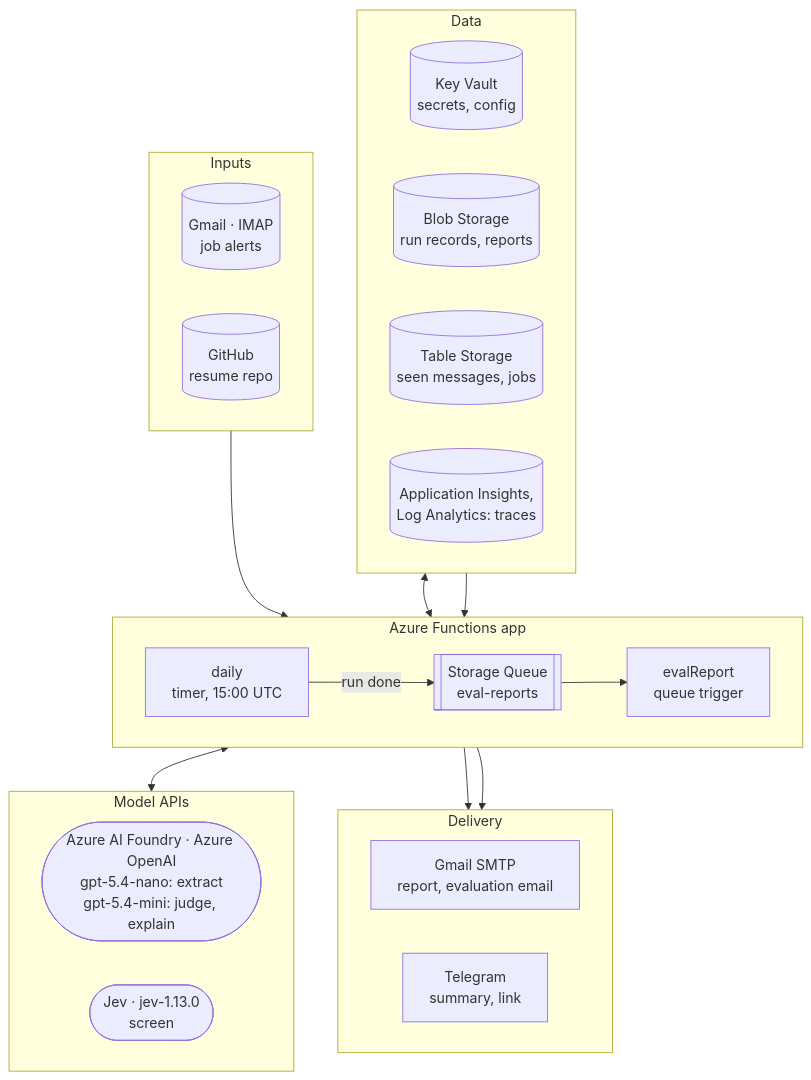
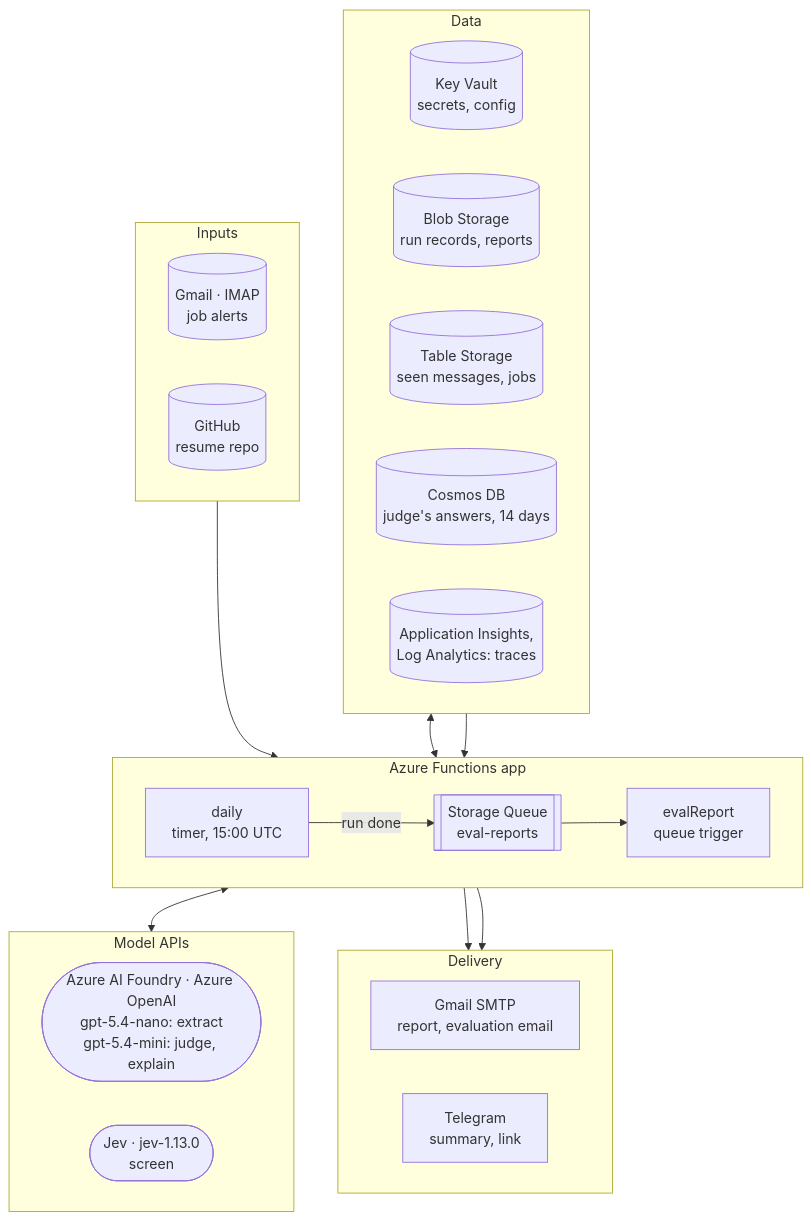
One commit to PCBZ/job-scan changed the first of 3 diagrams in README.md. Above: the diagram before and after it, drawn with Mermaid. The commit also changed other lines of this file and 30 other files, not shown here.

First line of the commit message:
feat(judge): keep the judge's answers in Cosmos DB, so a posting seen again isn't judged again

````diff
--- a/README.md
+++ b/README.md
@@ -25,43 +25,44 @@
 ```mermaid
 flowchart TB
   subgraph inputs [Inputs]
     direction LR
     gmail[(Gmail · IMAP<br/>job alerts)]
     github[(GitHub<br/>resume repo)]
   end
 
   subgraph app [Azure Functions app]
     direction LR
     daily["daily<br/>timer, 15:00 UTC"]
     queue[[Storage Queue<br/>eval-reports]]
     evalfn["evalReport<br/>queue trigger"]
     daily -- "run done" --> queue --> evalfn
   end
 
   subgraph apis [Model APIs]
     direction LR
     openai(["Azure AI Foundry · Azure OpenAI<br/>gpt-5.4-nano: extract<br/>gpt-5.4-mini: judge, explain"])
     jev([Jev · jev-1.13.0<br/>screen])
   end
 
   subgraph data [Data]
     direction LR
     vault[(Key Vault<br/>secrets, config)]
     blob[(Blob Storage<br/>run records, reports)]
     table[(Table Storage<br/>seen messages, jobs)]
+    cosmos[(Cosmos DB<br/>judge's answers, 14 days)]
     logs[("Application Insights,<br/>Log Analytics: traces")]
   end
 
   subgraph out [Delivery]
     direction LR
     smtp[Gmail SMTP<br/>report, evaluation email]
     tg[Telegram<br/>summary, link]
   end
 
   inputs --> daily
   daily <--> apis
   data <--> daily
   data --> evalfn
   daily --> out
   evalfn --> out
 ```
````
